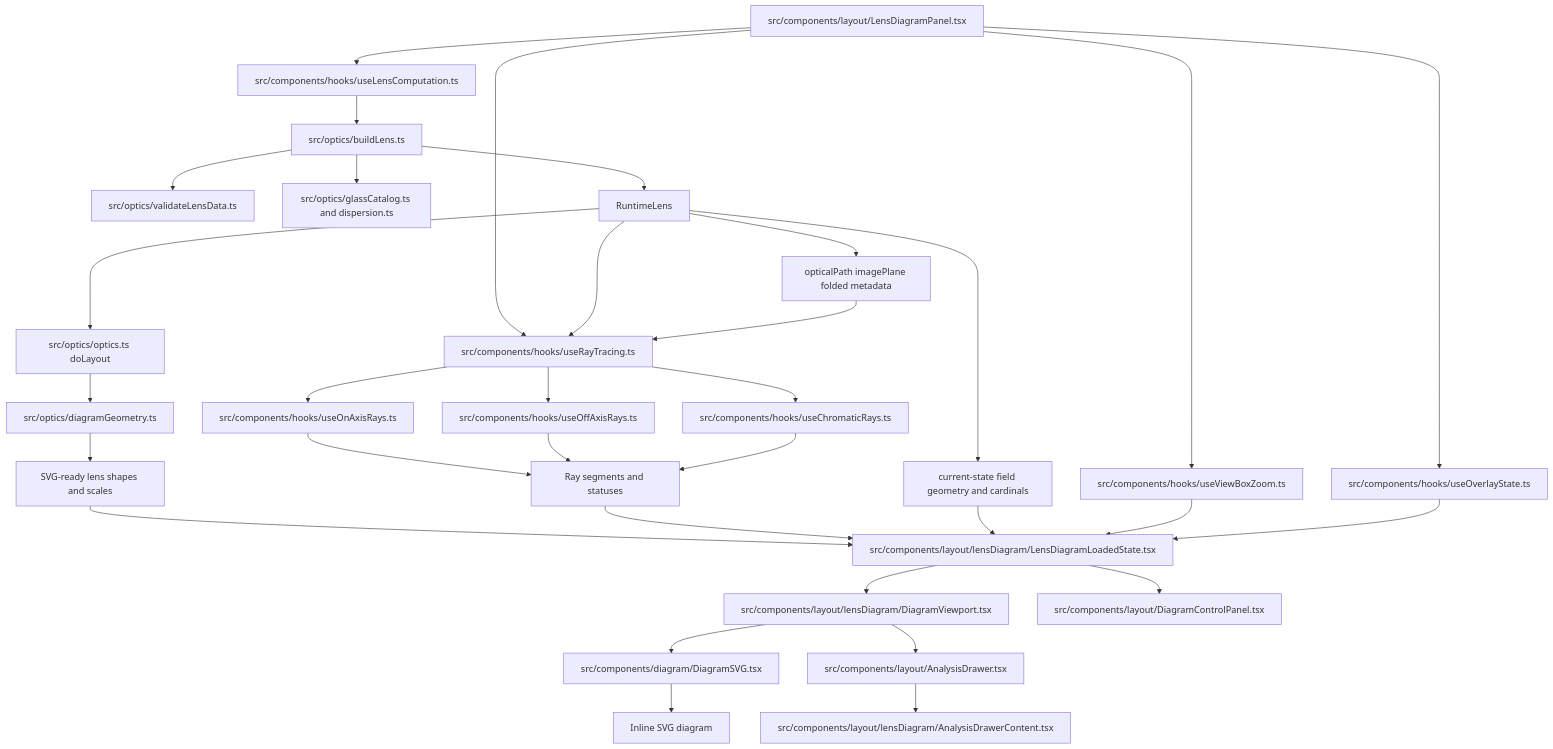
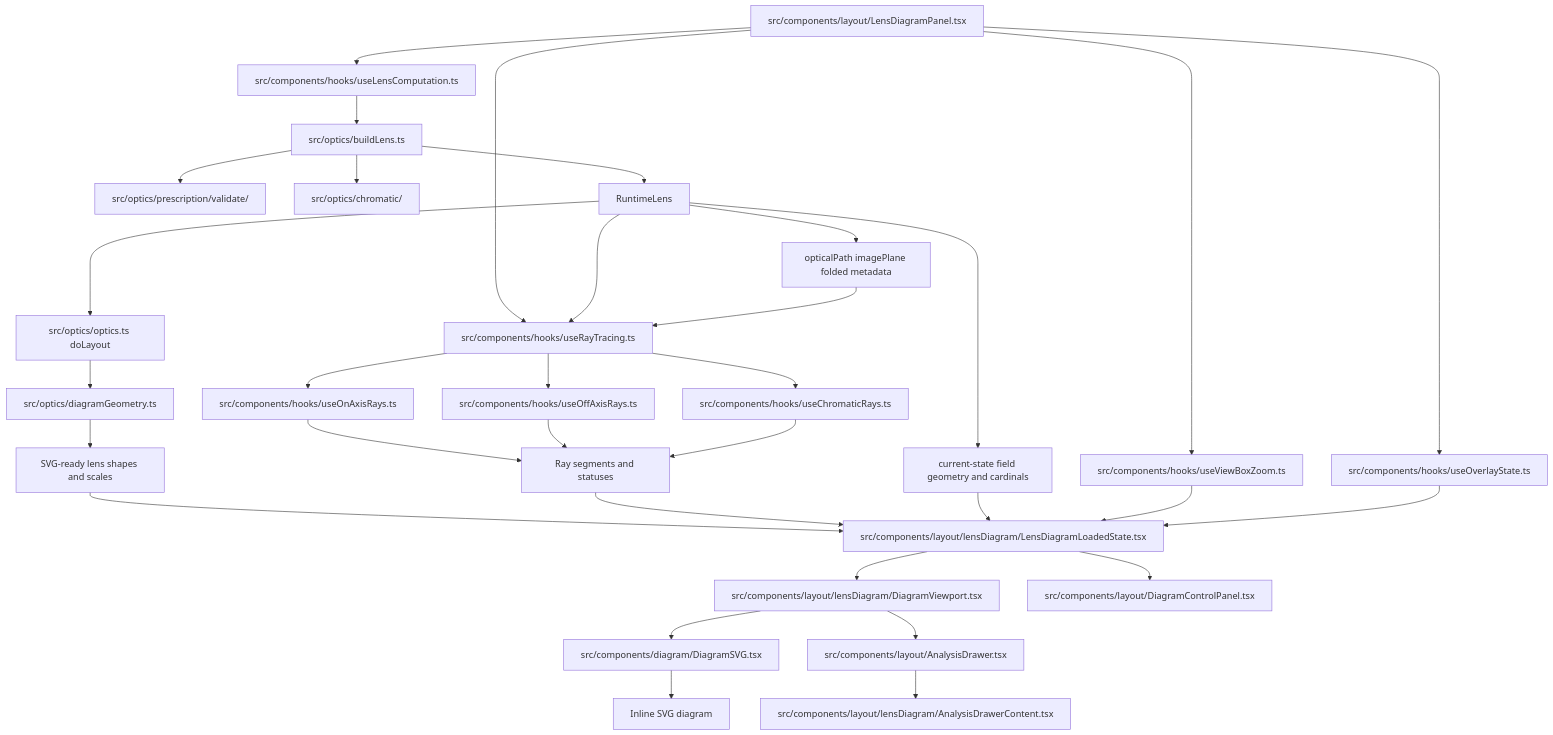
The second of 3 diagrams in agent_docs/architecture/program-flow.md (ronbuening/LensVisualizer), drawn with Mermaid before and after one commit. The commit also changed other lines of this file and 82 other files, not shown here.

````diff
--- a/agent_docs/architecture/program-flow.md
+++ b/agent_docs/architecture/program-flow.md
@@ -58,38 +58,38 @@
 ```mermaid
 flowchart TD
   Panel[src/components/layout/LensDiagramPanel.tsx] --> Compute[src/components/hooks/useLensComputation.ts]
   Panel --> Trace[src/components/hooks/useRayTracing.ts]
   Panel --> Zoom[src/components/hooks/useViewBoxZoom.ts]
   Panel --> PanelOverlays[src/components/hooks/useOverlayState.ts]
 
   Compute --> BuildLens[src/optics/buildLens.ts]
-  BuildLens --> Validate[src/optics/validateLensData.ts]
-  BuildLens --> Glass[src/optics/glassCatalog.ts and dispersion.ts]
+  BuildLens --> Validate[src/optics/prescription/validate/]
+  BuildLens --> Glass[src/optics/chromatic/]
   BuildLens --> Runtime[RuntimeLens]
   Runtime --> Path[opticalPath imagePlane folded metadata]
   Runtime --> Layout[src/optics/optics.ts doLayout]
   Layout --> Geometry[src/optics/diagramGeometry.ts]
   Geometry --> Shapes[SVG-ready lens shapes and scales]
   Runtime --> FieldGeometry[current-state field geometry and cardinals]
 
   Runtime --> Trace
   Path --> Trace
   Trace --> OnAxis[src/components/hooks/useOnAxisRays.ts]
   Trace --> OffAxis[src/components/hooks/useOffAxisRays.ts]
   Trace --> Chromatic[src/components/hooks/useChromaticRays.ts]
   OnAxis --> Segments[Ray segments and statuses]
   OffAxis --> Segments
   Chromatic --> Segments
 
   Shapes --> Loaded[src/components/layout/lensDiagram/LensDiagramLoadedState.tsx]
   Segments --> Loaded
   FieldGeometry --> Loaded
   Zoom --> Loaded
   PanelOverlays --> Loaded
   Loaded --> Viewport[src/components/layout/lensDiagram/DiagramViewport.tsx]
   Loaded --> ControlPanel[src/components/layout/DiagramControlPanel.tsx]
   Viewport --> DiagramSVG[src/components/diagram/DiagramSVG.tsx]
   Viewport --> AnalysisDrawer[src/components/layout/AnalysisDrawer.tsx]
   AnalysisDrawer --> AnalysisContent[src/components/layout/lensDiagram/AnalysisDrawerContent.tsx]
   DiagramSVG --> Output[Inline SVG diagram]
 ```
````
